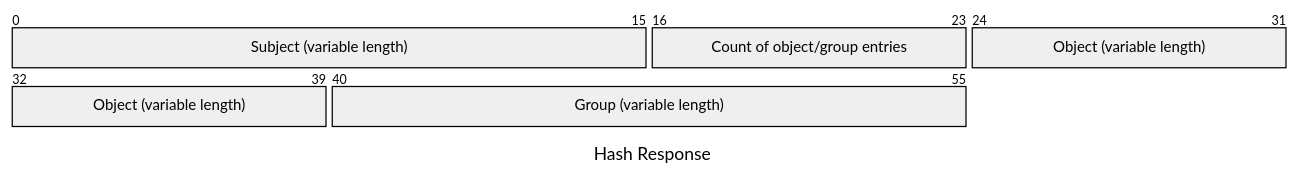
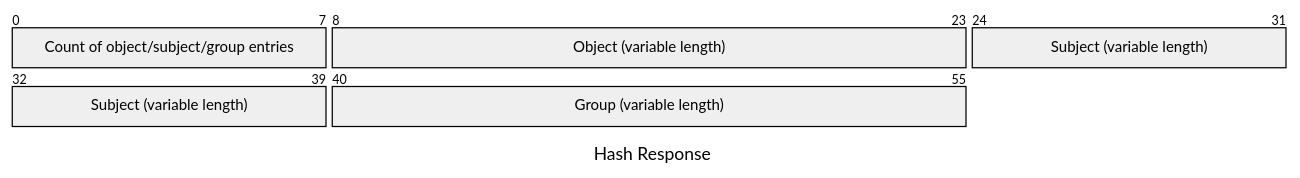
The third of 5 diagrams in README.md (xmidt-org/hashy), drawn with Mermaid before and after one commit. The commit also changed other lines of this file, not shown here.

````diff
--- a/README.md
+++ b/README.md
@@ -104,10 +103,10 @@
 ```mermaid
 ---
 title: "Hash Response"
 ---
 packet
++8: "Count of object/subject/group entries"
++16: "Object (variable length)"
 +16: "Subject (variable length)"
-+8: "Count of object/group entries"
-+16: "Object (variable length)"
 +16: "Group (variable length)"
 ```
````
